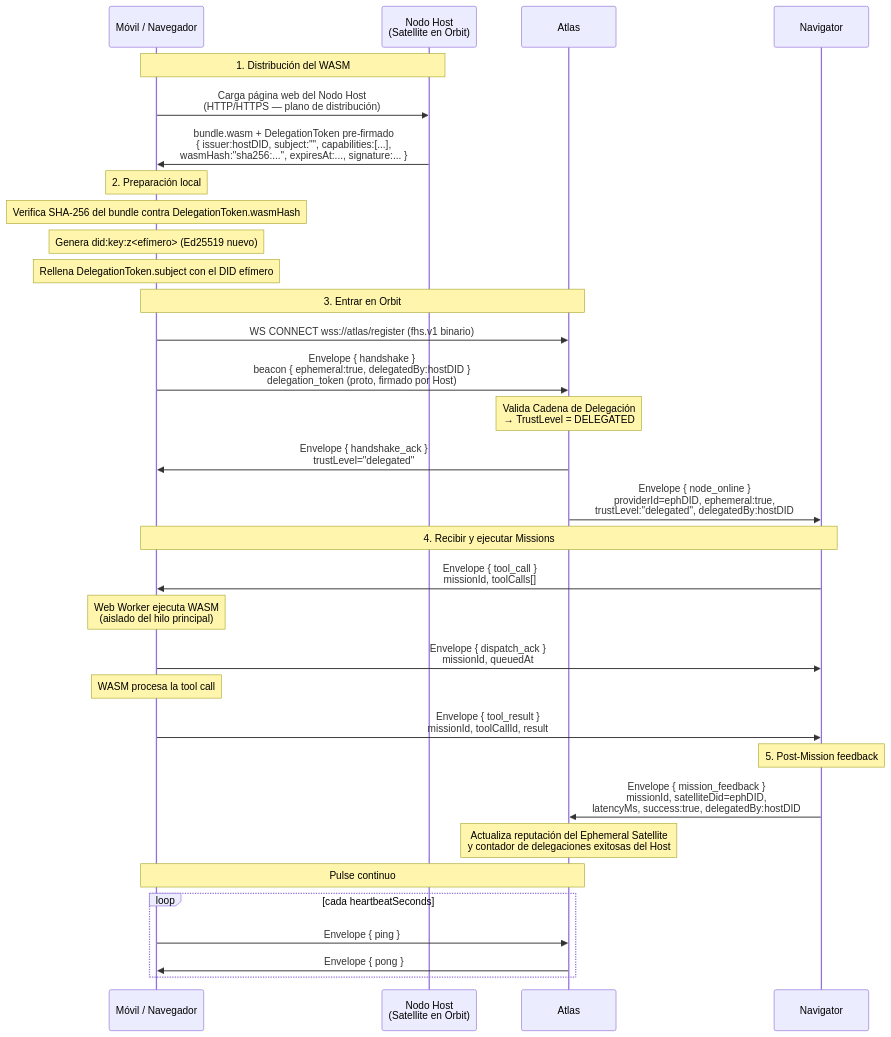
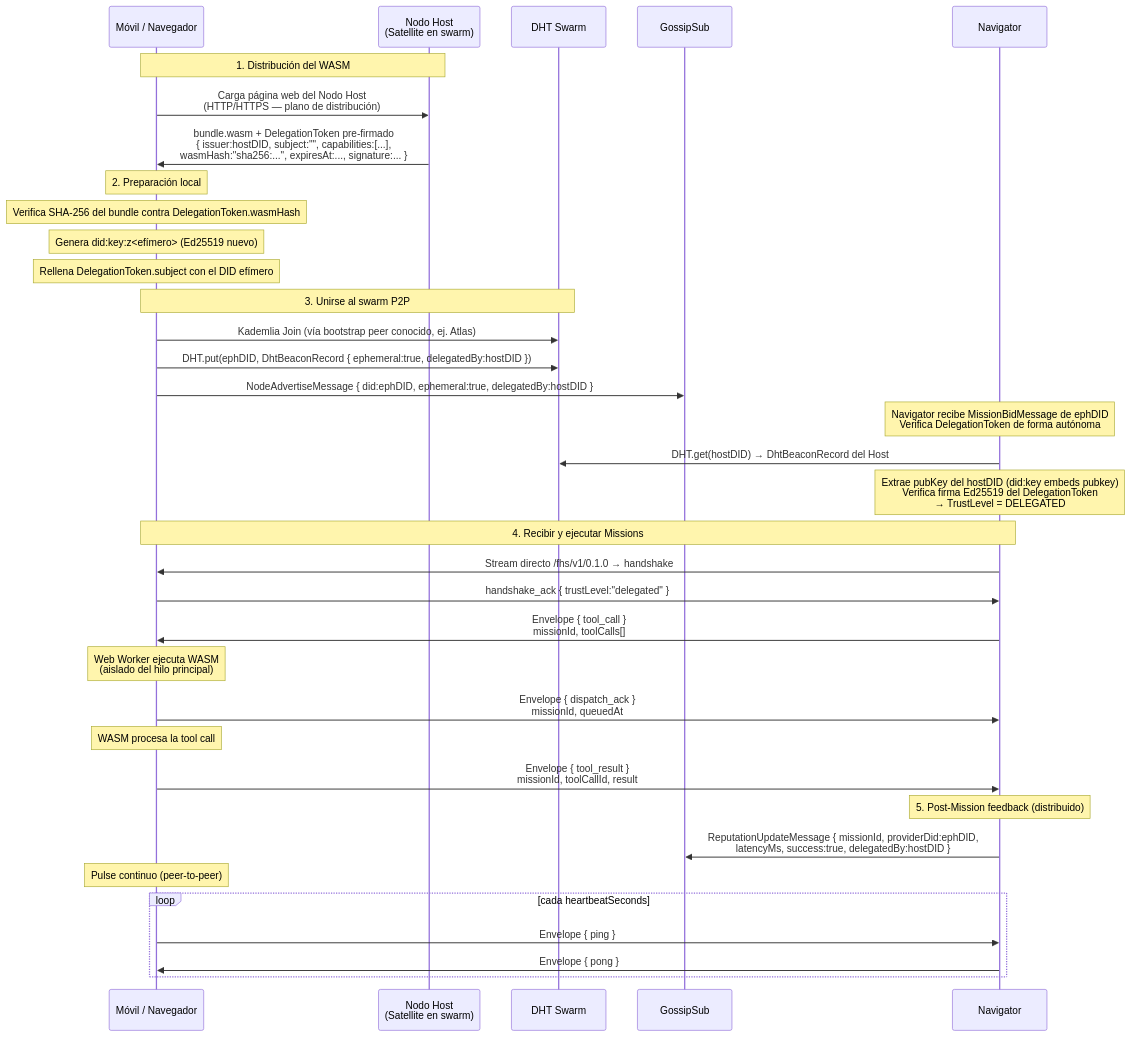
Before and after one commit to rafex/galaxIA: the first of 3 diagrams in protocol/ephemeral-satellite.md, drawn with Mermaid. The commit also changed other lines of this file and 1 other file, not shown here.

First line of the commit message:
docs(protocol): actualizar ephemeral-satellite al modelo P2P y limpiar schemas

````diff
--- a/protocol/ephemeral-satellite.md
+++ b/protocol/ephemeral-satellite.md
@@ -18,53 +18,55 @@
 ```mermaid
 sequenceDiagram
     participant M as Móvil / Navegador
-    participant H as Nodo Host<br/>(Satellite en Orbit)
-    participant A as Atlas
+    participant H as Nodo Host<br/>(Satellite en swarm)
+    participant D as DHT Swarm
+    participant G as GossipSub
     participant NAV as Navigator
 
     note over M,H: 1. Distribución del WASM
 
     M->>H: Carga página web del Nodo Host<br/>(HTTP/HTTPS — plano de distribución)
     H->>M: bundle.wasm + DelegationToken pre-firmado<br/>{ issuer:hostDID, subject:"", capabilities:[...],<br/>wasmHash:"sha256:...", expiresAt:..., signature:... }
 
     note over M: 2. Preparación local
     note over M: Verifica SHA-256 del bundle contra DelegationToken.wasmHash
     note over M: Genera did:key:z<efímero> (Ed25519 nuevo)
     note over M: Rellena DelegationToken.subject con el DID efímero
 
-    note over M,A: 3. Entrar en Orbit
+    note over M,D: 3. Unirse al swarm P2P
 
-    M->>A: WS CONNECT wss://atlas/register (fhs.v1 binario)
-    M->>A: Envelope { handshake }<br/>beacon { ephemeral:true, delegatedBy:hostDID }<br/>delegation_token (proto, firmado por Host)
+    M->>D: Kademlia Join (vía bootstrap peer conocido, ej. Atlas)
+    M->>D: DHT.put(ephDID, DhtBeaconRecord { ephemeral:true, delegatedBy:hostDID })
+    M->>G: NodeAdvertiseMessage { did:ephDID, ephemeral:true, delegatedBy:hostDID }
 
-    note over A: Valida Cadena de Delegación<br/>→ TrustLevel = DELEGATED
+    note over NAV: Navigator recibe MissionBidMessage de ephDID<br/>Verifica DelegationToken de forma autónoma
 
-    A->>M: Envelope { handshake_ack }<br/>trustLevel="delegated"
-
-    A->>NAV: Envelope { node_online }<br/>providerId=ephDID, ephemeral:true,<br/>trustLevel:"delegated", delegatedBy:hostDID
+    NAV->>D: DHT.get(hostDID) → DhtBeaconRecord del Host
+    note over NAV: Extrae pubKey del hostDID (did:key embeds pubkey)<br/>Verifica firma Ed25519 del DelegationToken<br/>→ TrustLevel = DELEGATED
 
     note over M,NAV: 4. Recibir y ejecutar Missions
+
+    NAV->>M: Stream directo /fhs/v1/0.1.0 → handshake
+    M->>NAV: handshake_ack { trustLevel:"delegated" }
 
     NAV->>M: Envelope { tool_call }<br/>missionId, toolCalls[]
 
     note over M: Web Worker ejecuta WASM<br/>(aislado del hilo principal)
 
     M->>NAV: Envelope { dispatch_ack }<br/>missionId, queuedAt
 
     note over M: WASM procesa la tool call
 
     M->>NAV: Envelope { tool_result }<br/>missionId, toolCallId, result
 
-    note over NAV: 5. Post-Mission feedback
+    note over NAV: 5. Post-Mission feedback (distribuido)
 
-    NAV->>A: Envelope { mission_feedback }<br/>missionId, satelliteDid=ephDID,<br/>latencyMs, success:true, delegatedBy:hostDID
+    NAV->>G: ReputationUpdateMessage { missionId, providerDid:ephDID,<br/>latencyMs, success:true, delegatedBy:hostDID }
 
-    note over A: Actualiza reputación del Ephemeral Satellite<br/>y contador de delegaciones exitosas del Host
-
-    note over M,A: Pulse continuo
+    note over M: Pulse continuo (peer-to-peer)
 
     loop cada heartbeatSeconds
-        M->>A: Envelope { ping }
-        A->>M: Envelope { pong }
+        M->>NAV: Envelope { ping }
+        NAV->>M: Envelope { pong }
     end
 ```
````
